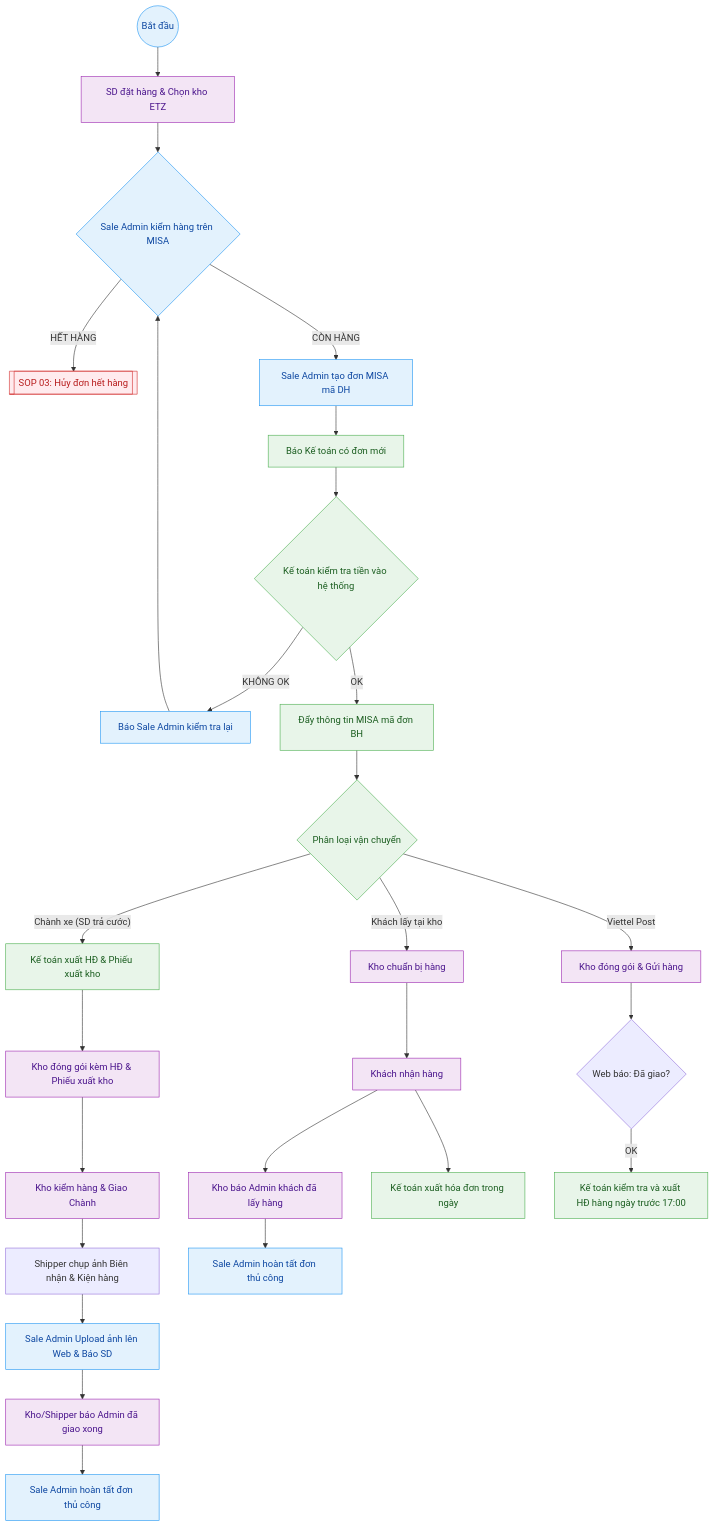
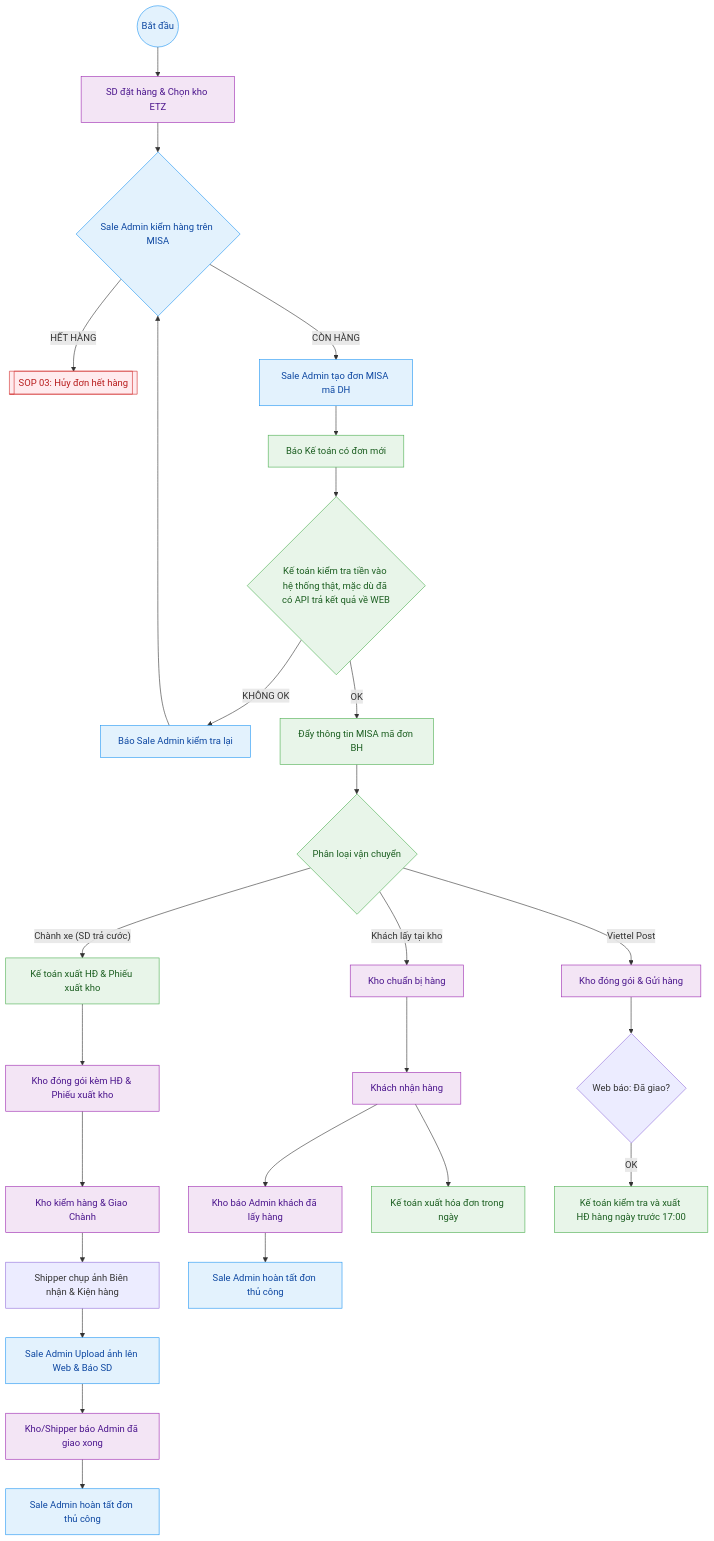
Before and after one commit to babaduoc/digitalgarden: the diagram in src/site/notes/01_TONG_QUAN_LY_DU_AN/2_PHONG_VAN_HANH/SOP_2_Xu_Ly_Don_Hang_Chuan.md, drawn with Mermaid.

Commit message:
Published multiple files

````diff
--- a/src/site/notes/01_TONG_QUAN_LY_DU_AN/2_PHONG_VAN_HANH/SOP_2_Xu_Ly_Don_Hang_Chuan.md
+++ b/src/site/notes/01_TONG_QUAN_LY_DU_AN/2_PHONG_VAN_HANH/SOP_2_Xu_Ly_Don_Hang_Chuan.md
@@ -22,54 +22,54 @@
 ```mermaid
 graph TD
     %% Định nghĩa bảng màu Pastel nguyên bản (Classic Style) %%
     classDef sd fill:#F3E5F5,stroke:#9C27B0,color:#4A148C;
     classDef sale_admin fill:#E3F2FD,stroke:#2196F3,color:#0D47A1;
     classDef acc fill:#E8F5E9,stroke:#4CAF50,color:#1B5E20;
     classDef wh fill:#FFF3E0,stroke:#FF9800,color:#E65100;
     classDef error fill:#FFEBEE,stroke:#D32F2F,color:#B71C1C;
 
     Start((Bắt đầu)) --> SD_Order[SD đặt hàng & Chọn kho ETZ]
     
     %% Vai trò Sale Admin %%
     SD_Order --> SaleAdmin_Check{Sale Admin kiểm hàng trên MISA}
     
     SaleAdmin_Check -- "HẾT HÀNG" --> OutOfStock[["SOP 03: Hủy đơn hết hàng"]]
     click OutOfStock "/01-tong-quan-ly-du-an/2-phong-van-hanh/sop-3-huy-don-het-hang/"
     SaleAdmin_Check -- "CÒN HÀNG" --> SaleAdmin_DH[Sale Admin tạo đơn MISA mã DH]
     SaleAdmin_DH --> Acc_Notify[Báo Kế toán có đơn mới]
 
     %% Vai trò Kế toán %%
-    Acc_Notify --> Acc_CheckMoney{Kế toán kiểm tra tiền vào hệ thống}
+    Acc_Notify --> Acc_CheckMoney{Kế toán kiểm tra tiền vào hệ thống thật, mặc dù đã có API trả kết quả về WEB}
     
     Acc_CheckMoney -- "KHÔNG OK" --> Acc_Reject[Báo Sale Admin kiểm tra lại]
     Acc_Reject --> SaleAdmin_Check
     
     Acc_CheckMoney -- "OK" --> Acc_BH[Đẩy thông tin MISA mã đơn BH]
     Acc_BH --> Ship_Type{Phân loại vận chuyển}
 
     %% Nhánh Chành xe %%
     Ship_Type -- "Chành xe (SD trả cước)" --> Acc_Inv_1[Kế toán xuất HĐ & Phiếu xuất kho]
     Acc_Inv_1 --> WH_Pack_1[Kho đóng gói kèm HĐ & Phiếu xuất kho]
     WH_Pack_1 --> WH_Check[Kho kiểm hàng & Giao Chành]
     WH_Check --> WH_Photo[Shipper chụp ảnh Biên nhận & Kiện hàng]
     WH_Photo --> Admin_Upload[Sale Admin Upload ảnh lên Web & Báo SD]
     Admin_Upload --> WH_Confirm[Kho/Shipper báo Admin đã giao xong]
     WH_Confirm --> Admin_Finish_1[Sale Admin hoàn tất đơn thủ công]
 
     %% Nhánh Tại kho %%
     Ship_Type -- "Khách lấy tại kho" --> WH_Pack_2[Kho chuẩn bị hàng]
     WH_Pack_2 --> SD_Pick[Khách nhận hàng]
     SD_Pick --> WH_Confirm_2[Kho báo Admin khách đã lấy hàng]
     WH_Confirm_2 --> Admin_Finish_2[Sale Admin hoàn tất đơn thủ công]
     SD_Pick --> Acc_Inv_2[Kế toán xuất hóa đơn trong ngày]
 
     %% Nhánh Viettel Post %%
     Ship_Type -- "Viettel Post" --> WH_Pack_3[Kho đóng gói & Gửi hàng]
     WH_Pack_3 --> API_Delivered{Web báo: Đã giao?}
     API_Delivered -- OK --> Acc_Inv_3[Kế toán kiểm tra và xuất HĐ hàng ngày trước 17:00]
 
     class SD_Order,SD_Pick,WH_Pack_1,WH_Pack_2,WH_Pack_3,WH_Check,WH_Confirm,WH_Confirm_2 sd;
     class Start,SaleAdmin_Check,SaleAdmin_DH,Acc_Reject,Admin_Upload,Admin_Finish_1,Admin_Finish_2 sale_admin;
     class Acc_Notify,Acc_CheckMoney,Acc_BH,Ship_Type,Acc_Inv_1,Acc_Inv_2,Acc_Inv_3 acc;
     class OutOfStock error;
 ```
````
